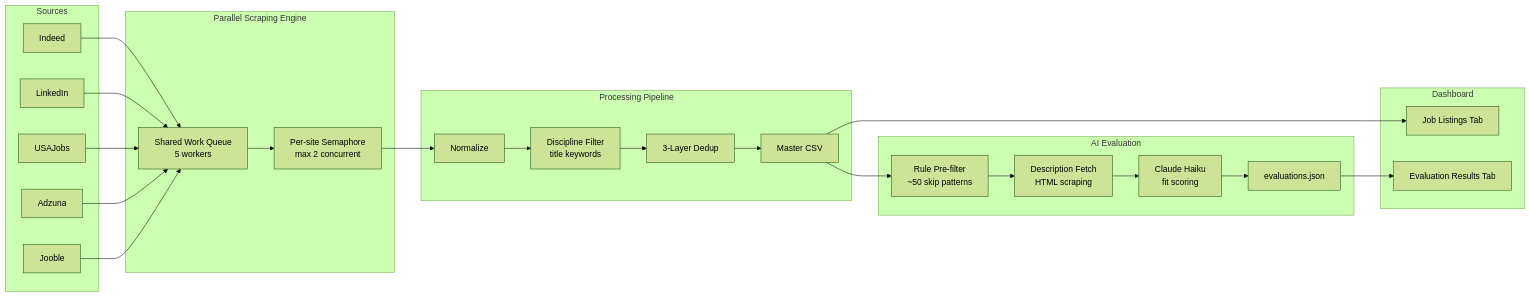
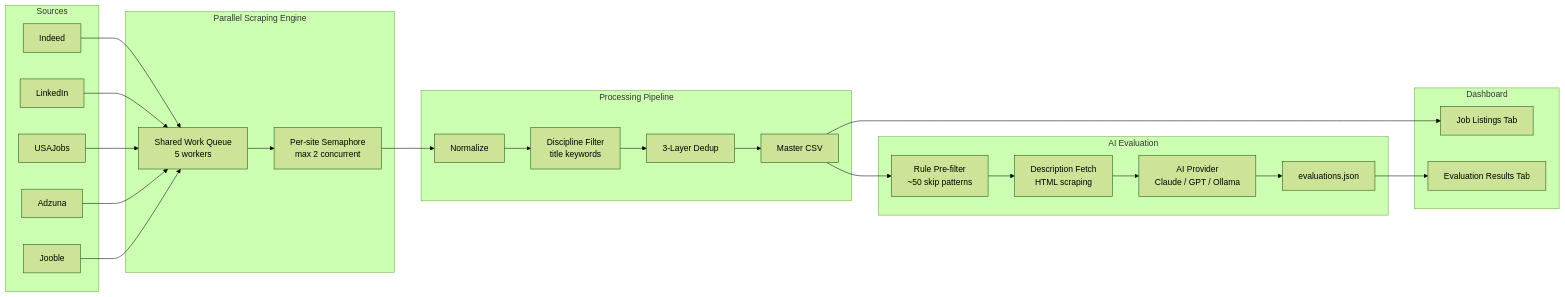
The diagram in README.md (BioTechNerd-Apache/pharma-job-search), drawn with Mermaid (forest theme) before and after one commit. The commit also changed other lines of this file and 3 other files, not shown here.

````diff
--- a/README.md
+++ b/README.md
@@ -40,39 +45,39 @@
 ```mermaid
 flowchart LR
     subgraph Sources
         A1[Indeed]
         A2[LinkedIn]
         A3[USAJobs]
         A4[Adzuna]
         A5[Jooble]
     end
 
     subgraph Engine["Parallel Scraping Engine"]
         Q[Shared Work Queue<br/>5 workers]
         S[Per-site Semaphore<br/>max 2 concurrent]
     end
 
     subgraph Pipeline["Processing Pipeline"]
         N[Normalize] --> F[Discipline Filter<br/>title keywords]
         F --> D[3-Layer Dedup]
         D --> CSV[Master CSV]
     end
 
     subgraph Eval["AI Evaluation"]
         P[Rule Pre-filter<br/>~50 skip patterns] --> Desc[Description Fetch<br/>HTML scraping]
-        Desc --> AI[Claude Haiku<br/>fit scoring]
+        Desc --> AI[AI Provider<br/>Claude / GPT / Ollama]
         AI --> JSON[evaluations.json]
     end
 
     A1 & A2 & A3 & A4 & A5 --> Q
     Q --> S --> N
     CSV --> P
 
     subgraph UI["Dashboard"]
         T1[Job Listings Tab]
         T2[Evaluation Results Tab]
     end
 
     CSV --> T1
     JSON --> T2
 ```
````
